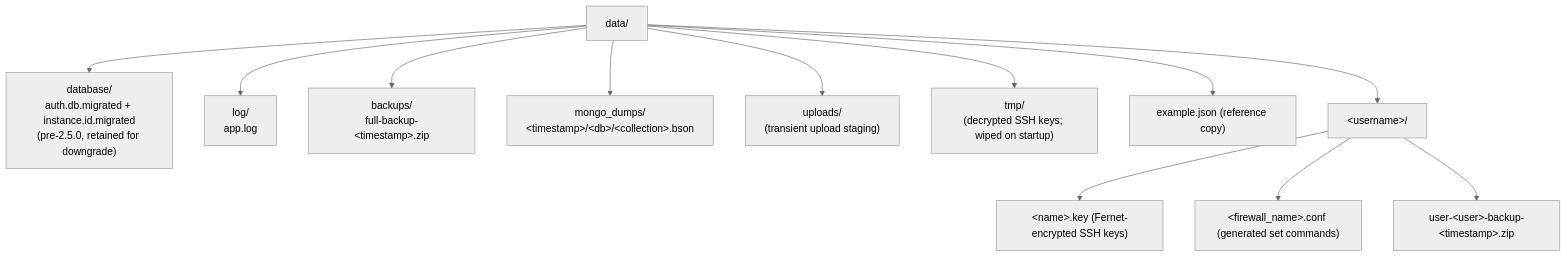
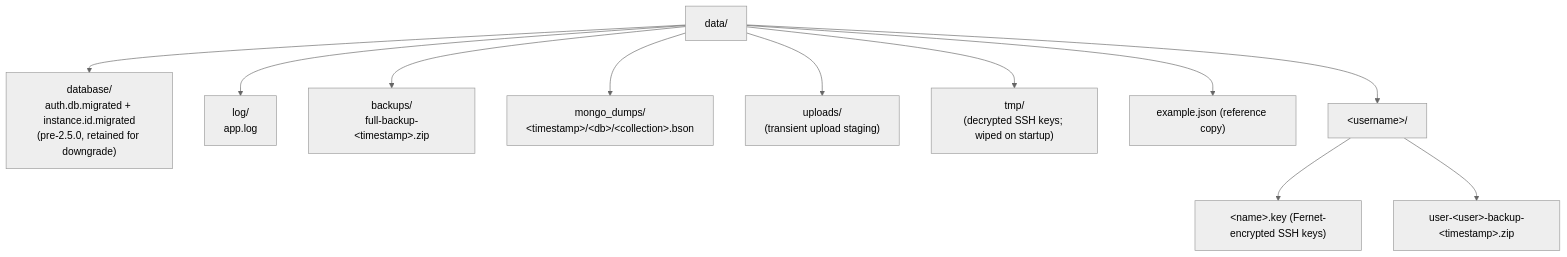
The seventh of 9 diagrams in docs/data-architecture.md (ibehren1/fw-gui), drawn with Mermaid (neutral theme) before and after one commit. The commit also changed other lines of this file and 10 other files, not shown here.

````diff
--- a/docs/data-architecture.md
+++ b/docs/data-architecture.md
@@ -508,15 +508,14 @@
 ```mermaid
 flowchart TD
     data["data/"]
     data --> db["database/<br/>auth.db.migrated + instance.id.migrated<br/>(pre-2.5.0, retained for downgrade)"]
     data --> log["log/<br/>app.log"]
     data --> backups["backups/<br/>full-backup-&lt;timestamp&gt;.zip"]
     data --> dumps["mongo_dumps/<br/>&lt;timestamp&gt;/&lt;db&gt;/&lt;collection&gt;.bson"]
     data --> uploads["uploads/<br/>(transient upload staging)"]
     data --> tmp["tmp/<br/>(decrypted SSH keys; wiped on startup)"]
     data --> ex["example.json (reference copy)"]
     data --> userdir["&lt;username&gt;/"]
     userdir --> keys["&lt;name&gt;.key (Fernet-encrypted SSH keys)"]
-    userdir --> conf["&lt;firewall_name&gt;.conf (generated set commands)"]
     userdir --> ubk["user-&lt;user&gt;-backup-&lt;timestamp&gt;.zip"]
 ```
````
